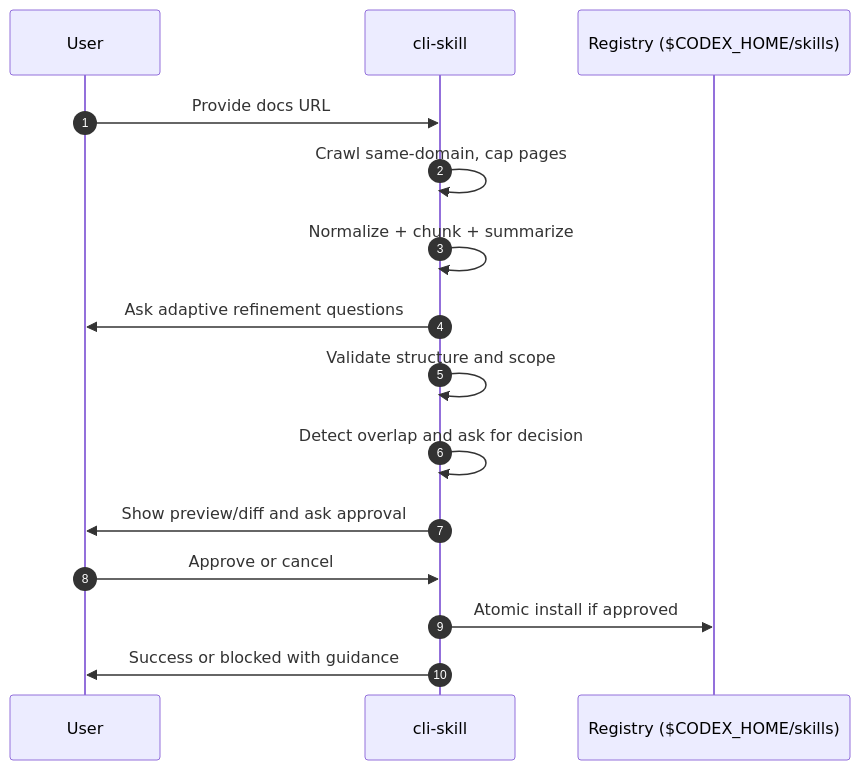
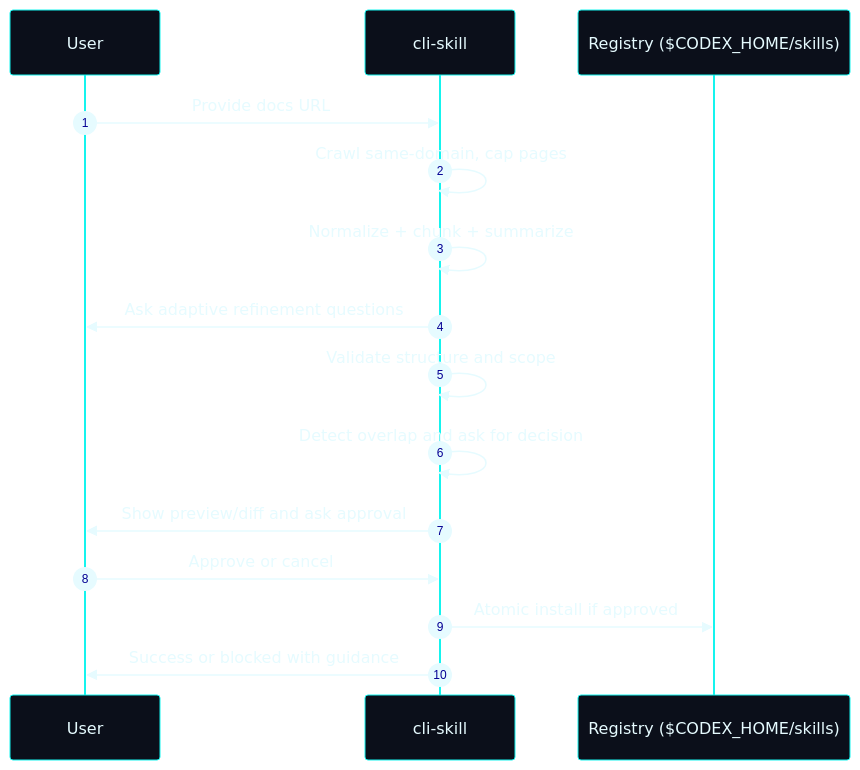
The second of 2 diagrams in README.md (Nickbohm555/skill-cli), drawn with Mermaid before and after one commit. The commit also changed other lines of this file, not shown here.

````diff
--- a/README.md
+++ b/README.md
@@ -68,18 +77,19 @@
 ```mermaid
+%%{init: {"theme": "base", "themeVariables": {"primaryColor": "#0b0f1a", "primaryTextColor": "#e6fbff", "primaryBorderColor": "#15f4ee", "lineColor": "#faff6b", "secondaryColor": "#1b0f2b", "tertiaryColor": "#0a1a2f"}}}%%
 sequenceDiagram
     autonumber
     participant U as User
     participant C as cli-skill
     participant R as Registry ($CODEX_HOME/skills)
 
     U->>C: Provide docs URL
     C->>C: Crawl same-domain, cap pages
     C->>C: Normalize + chunk + summarize
     C->>U: Ask adaptive refinement questions
     C->>C: Validate structure and scope
     C->>C: Detect overlap and ask for decision
     C->>U: Show preview/diff and ask approval
     U->>C: Approve or cancel
     C->>R: Atomic install if approved
     C->>U: Success or blocked with guidance
 ```
````
